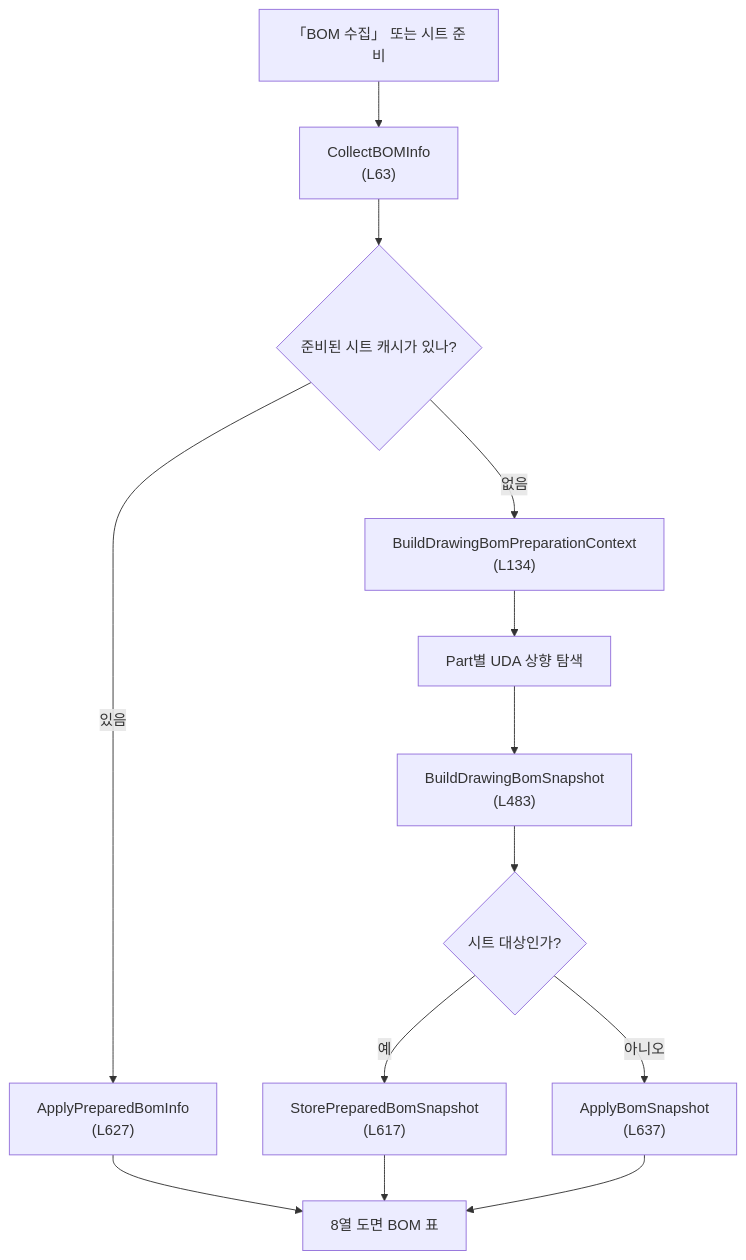
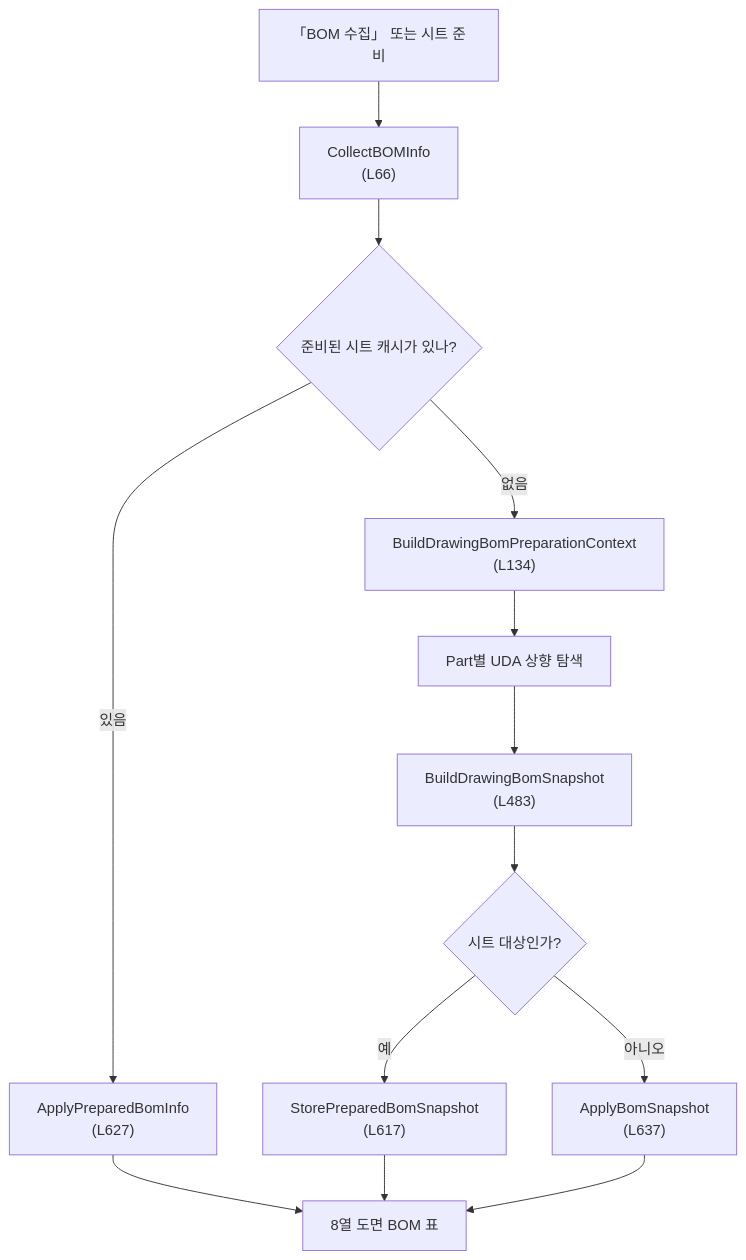
One commit to uuuuj/a2z changed the first of 2 diagrams in docs/코드분석/파일별/Form1.Clash.md. Above: the diagram before and after it, drawn with Mermaid. The commit also changed other lines of this file and 13 other files, not shown here.

````diff
--- a/docs/코드분석/파일별/Form1.Clash.md
+++ b/docs/코드분석/파일별/Form1.Clash.md
@@ -38,15 +38,15 @@
 ```mermaid
 flowchart TD
-    A["「BOM 수집」 또는 시트 준비"] --> B["CollectBOMInfo<br/>(L63)"]
+    A["「BOM 수집」 또는 시트 준비"] --> B["CollectBOMInfo<br/>(L66)"]
     B --> C{"준비된 시트 캐시가 있나?"}
     C -- 있음 --> D["ApplyPreparedBomInfo<br/>(L627)"]
     C -- 없음 --> E["BuildDrawingBomPreparationContext<br/>(L134)"]
     E --> F["Part별 UDA 상향 탐색"]
     F --> G["BuildDrawingBomSnapshot<br/>(L483)"]
     G --> H{"시트 대상인가?"}
     H -- 예 --> I["StorePreparedBomSnapshot<br/>(L617)"]
     H -- 아니오 --> J["ApplyBomSnapshot<br/>(L637)"]
     D --> K["8열 도면 BOM 표"]
     I --> K
     J --> K
 ```
````
